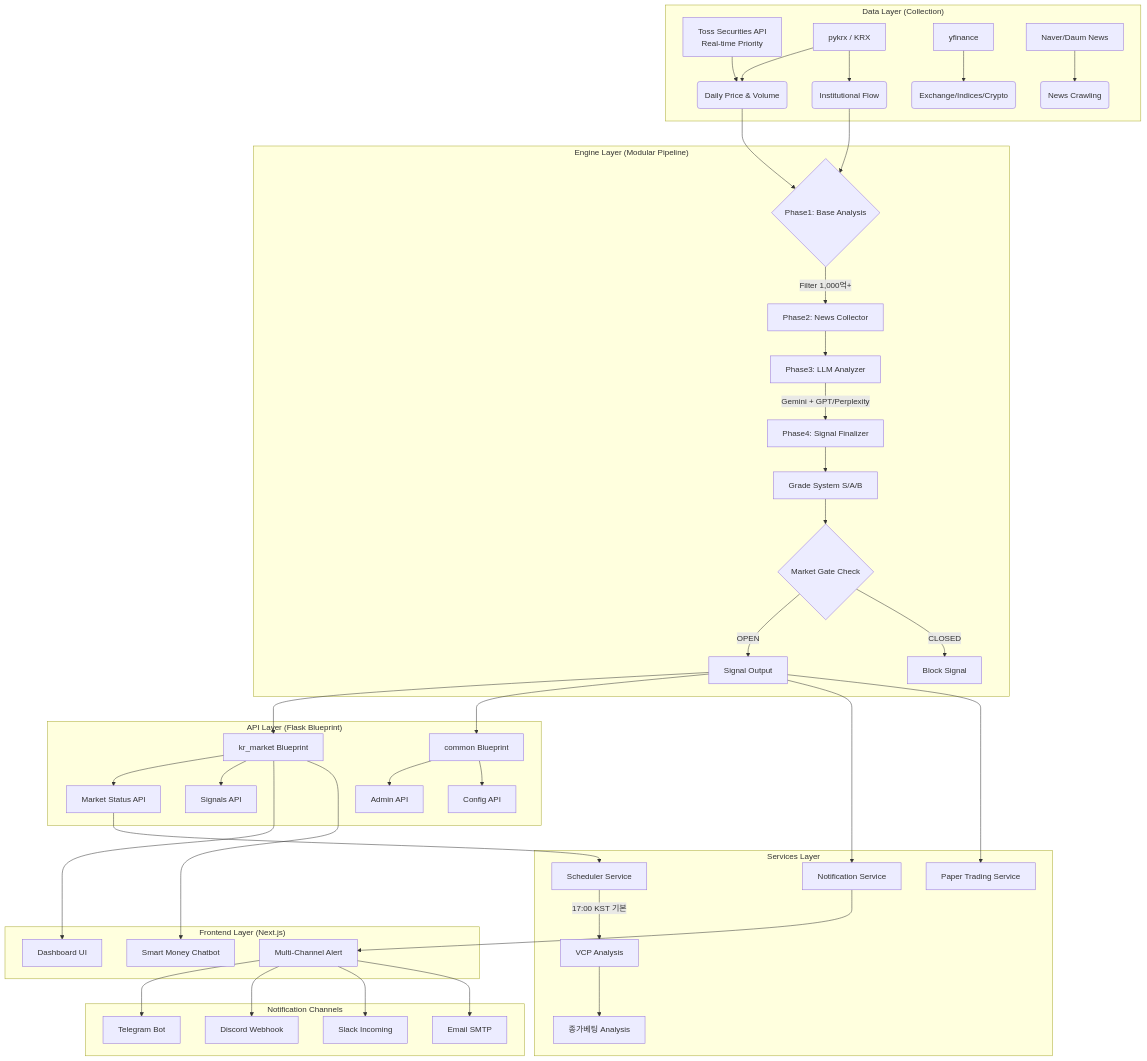
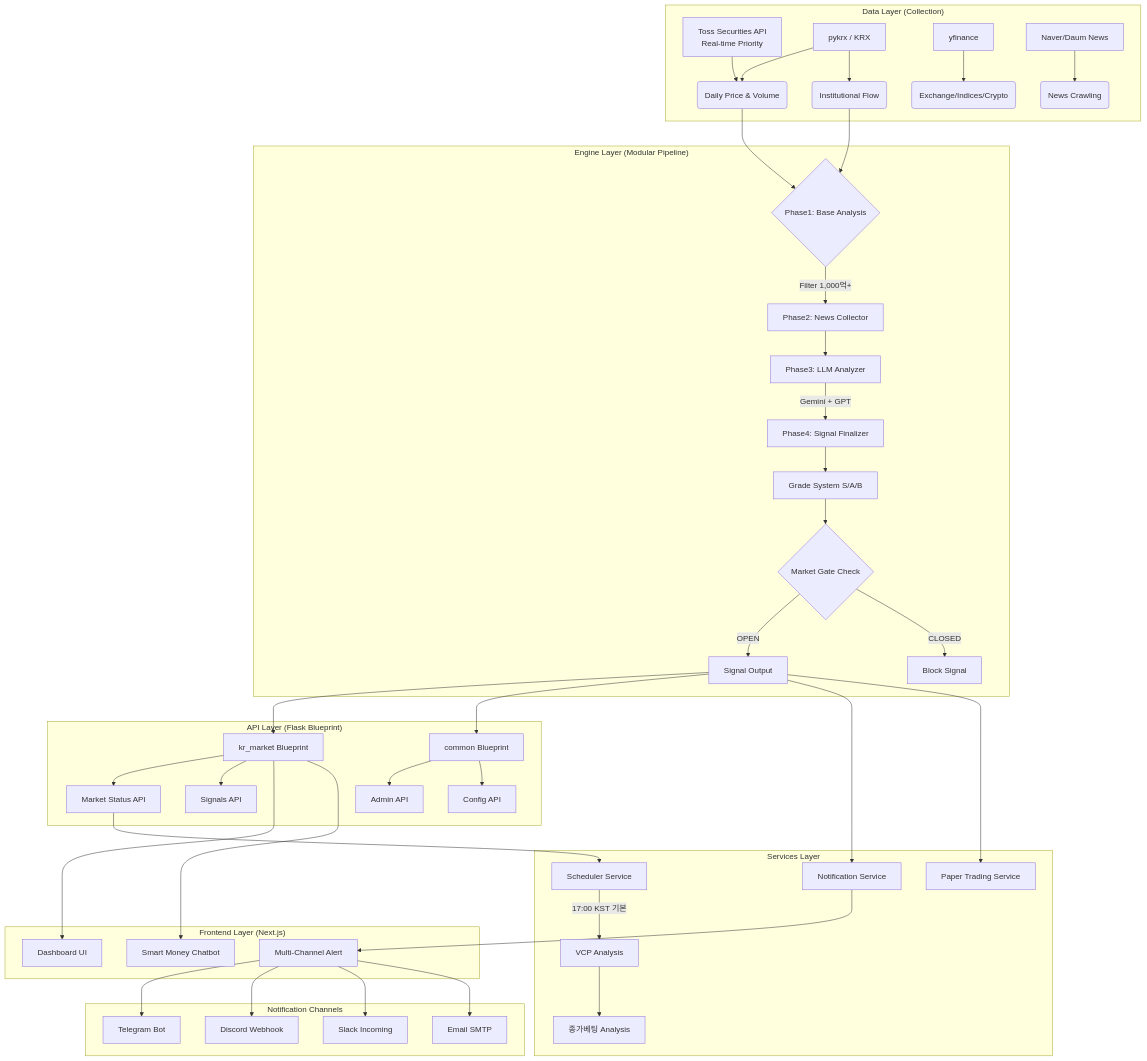
Before and after one commit to freelife1191/closing-bet-demo: the first of 6 diagrams in README.md, drawn with Mermaid. The commit also changed other lines of this file and 13 other files, not shown here.

````diff
--- a/README.md
+++ b/README.md
@@ -175,52 +172,52 @@
 ```mermaid
 graph TD
     subgraph "Data Layer (Collection)"
         A[Toss Securities API<br>Real-time Priority] --> B(Daily Price & Volume)
         C[pykrx / KRX] --> B
         C --> D(Institutional Flow)
         E[yfinance] --> F(Exchange/Indices/Crypto)
         G[Naver/Daum News] --> H(News Crawling)
     end
 
     subgraph "Engine Layer (Modular Pipeline)"
         B & D --> I{Phase1: Base Analysis}
         I -->|Filter 1,000억+| J[Phase2: News Collector]
         J --> K[Phase3: LLM Analyzer]
-        K -->|Gemini + GPT/Perplexity| L[Phase4: Signal Finalizer]
+        K -->|Gemini + GPT| L[Phase4: Signal Finalizer]
         L --> M[Grade System S/A/B]
 
         M --> N{Market Gate Check}
         N -->|OPEN| O[Signal Output]
         N -->|CLOSED| P[Block Signal]
     end
 
     subgraph "API Layer (Flask Blueprint)"
         O --> Q[kr_market Blueprint]
         O --> R[common Blueprint]
         Q --> S[Market Status API]
         Q --> T[Signals API]
         R --> U[Admin API]
         R --> V[Config API]
     end
 
     subgraph "Services Layer"
         S --> W[Scheduler Service]
         O --> X[Notification Service]
         O --> Y[Paper Trading Service]
         W -->|17:00 KST 기본| AA[VCP Analysis]
         AA --> Z[종가베팅 Analysis]
     end
 
     subgraph "Frontend Layer (Next.js)"
         Q --> AB[Dashboard UI]
         Q --> AC[Smart Money Chatbot]
         X --> AD[Multi-Channel Alert]
     end
 
     subgraph "Notification Channels"
         AD --> AE[Telegram Bot]
         AD --> AF[Discord Webhook]
         AD --> AG[Slack Incoming]
         AD --> AH[Email SMTP]
     end
 ```
````
